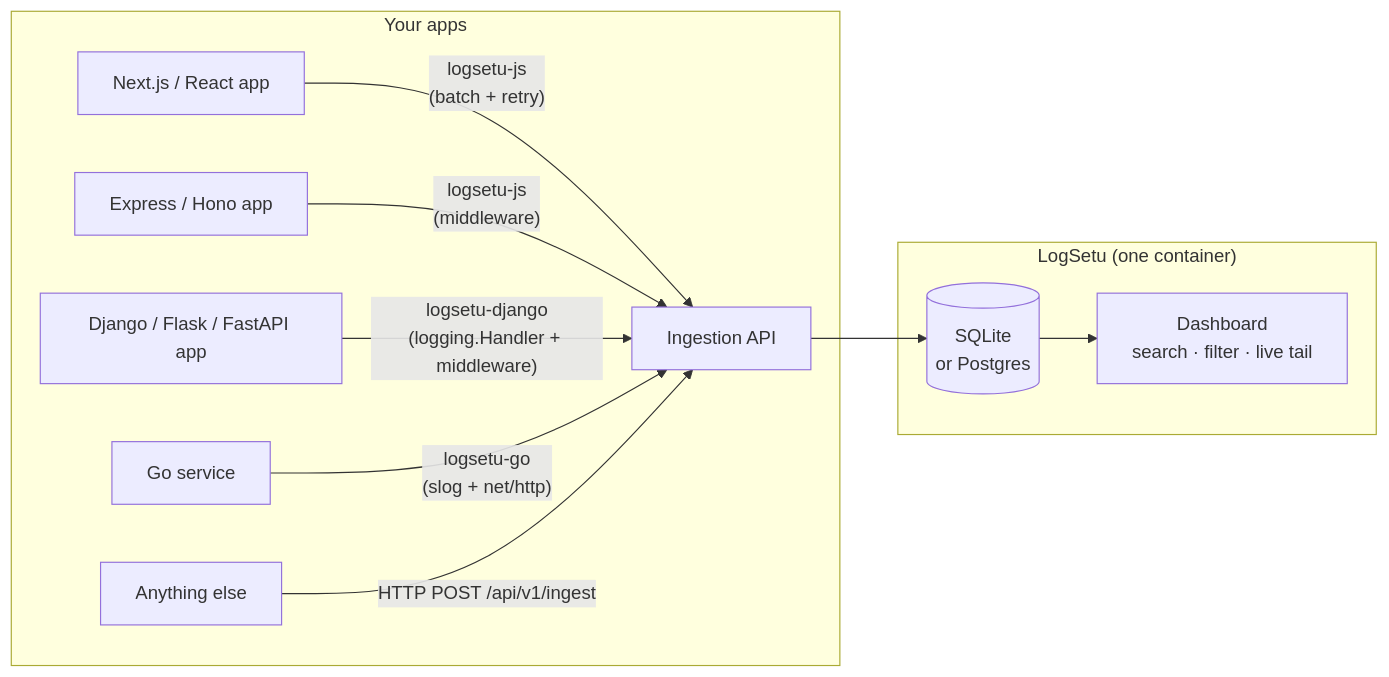
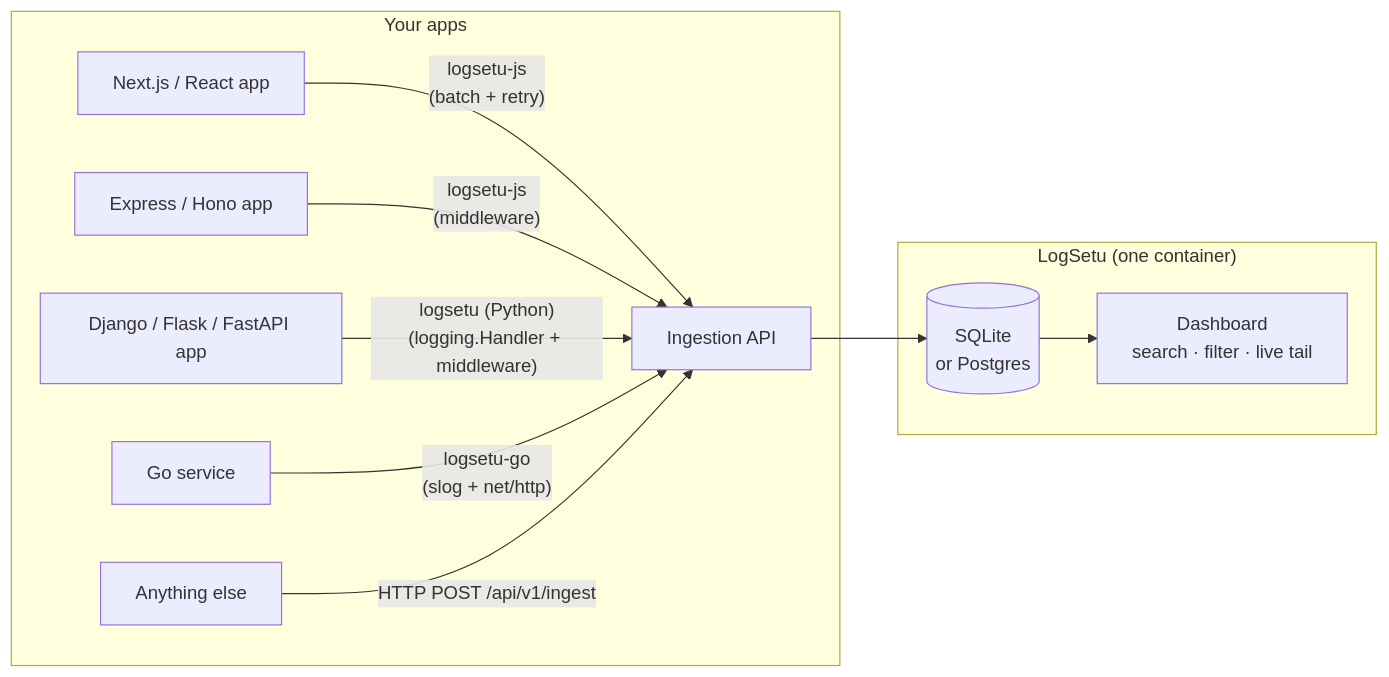
Before and after one commit to itsrajverma/logsetu: the diagram in README.md, drawn with Mermaid. The commit also changed other lines of this file and 31 other files, not shown here.

First line of the commit message:
feat(python): rename the PyPI package to `logsetu`

````diff
--- a/README.md
+++ b/README.md
@@ -152,14 +152,14 @@
 ```mermaid
 flowchart LR
   subgraph Your apps
     A["Next.js / React app"] -->|"logsetu-js<br/>(batch + retry)"| S
     E["Express / Hono app"] -->|"logsetu-js<br/>(middleware)"| S
-    B["Django / Flask / FastAPI app"] -->|"logsetu-django<br/>(logging.Handler + middleware)"| S
+    B["Django / Flask / FastAPI app"] -->|"logsetu (Python)<br/>(logging.Handler + middleware)"| S
     G["Go service"] -->|"logsetu-go<br/>(slog + net/http)"| S
     C["Anything else"] -->|"HTTP POST /api/v1/ingest"| S
   end
   subgraph "LogSetu (one container)"
     S["Ingestion API"] --> DB[("SQLite<br/>or Postgres")]
     DB --> D["Dashboard<br/>search · filter · live tail"]
   end
 ```
````
